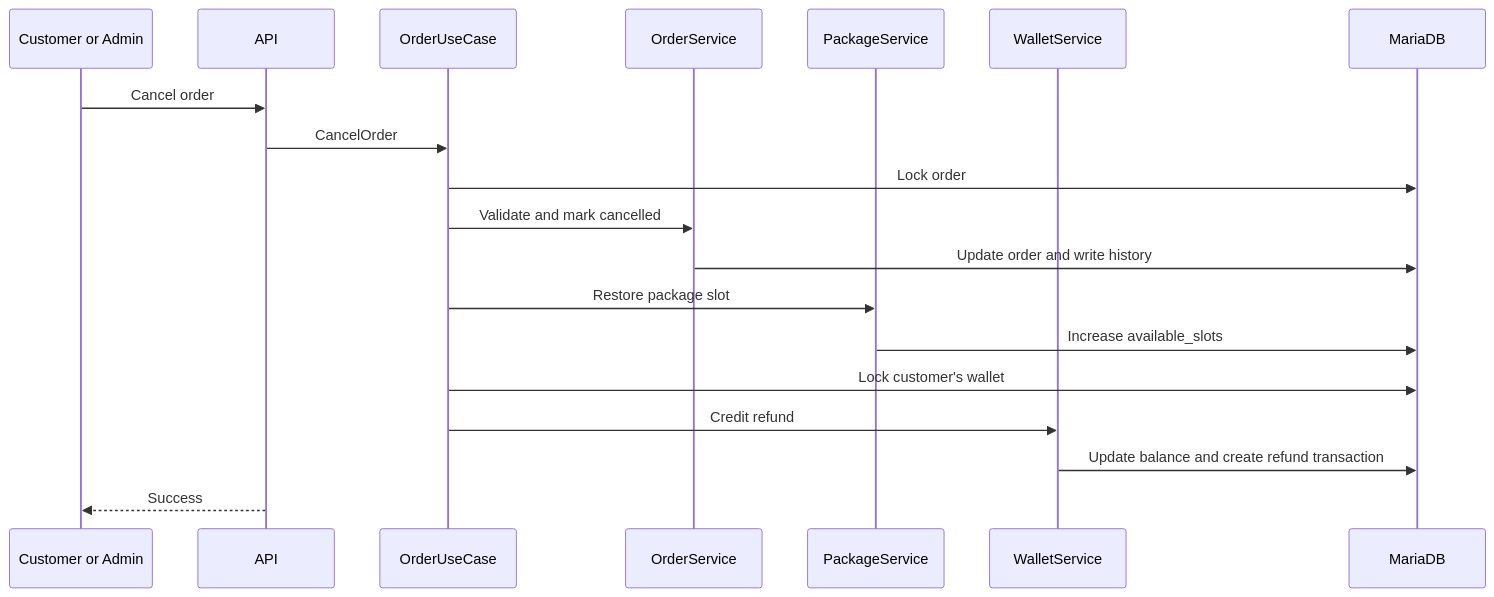
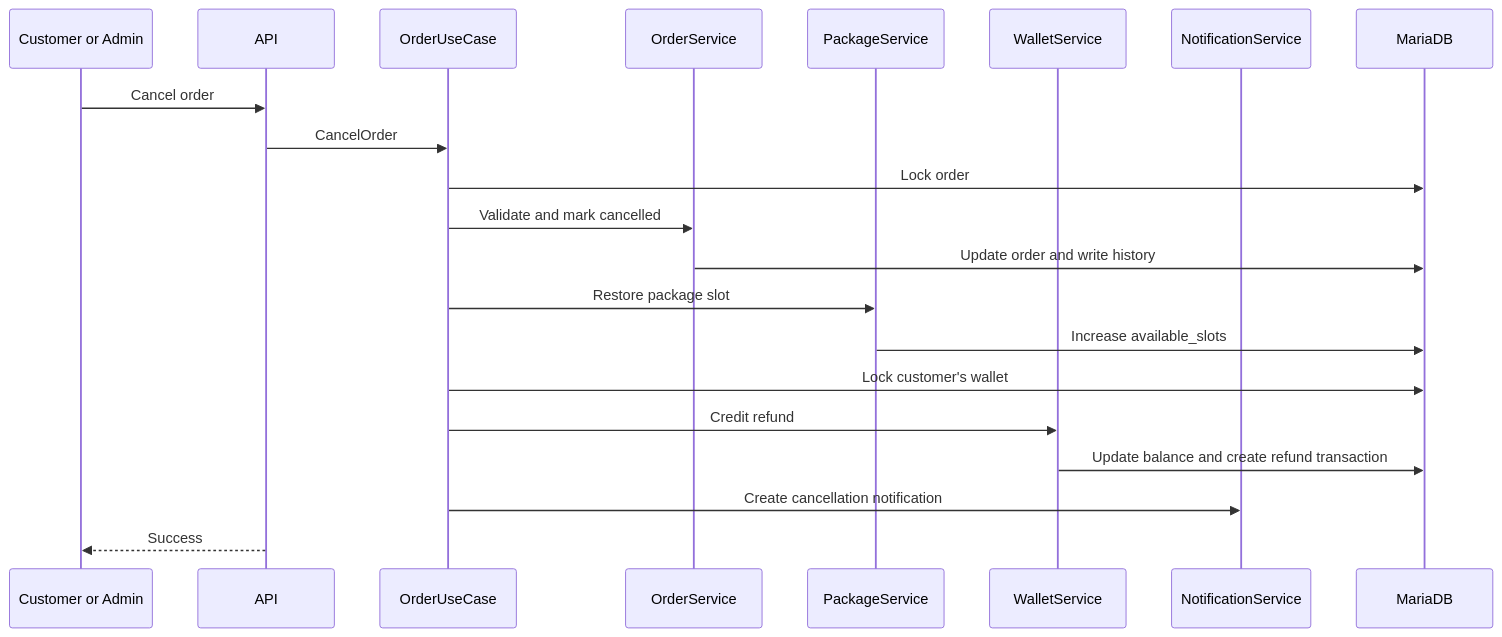
One commit to MinhKhoa05/gametopup changed the seventh of 7 diagrams in docs/core-workflows.md. Above: the diagram before and after it, drawn with Mermaid. The commit also changed other lines of this file and 16 other files, not shown here.

````diff
--- a/docs/core-workflows.md
+++ b/docs/core-workflows.md
@@ -197,22 +210,24 @@
 ```mermaid
 sequenceDiagram
     participant Requester as Customer or Admin
     participant API
     participant UseCase as OrderUseCase
     participant Order as OrderService
     participant Package as PackageService
     participant Wallet as WalletService
+    participant Notify as NotificationService
     participant DB as MariaDB
 
     Requester->>API: Cancel order
     API->>UseCase: CancelOrder
     UseCase->>DB: Lock order
     UseCase->>Order: Validate and mark cancelled
     Order->>DB: Update order and write history
     UseCase->>Package: Restore package slot
     Package->>DB: Increase available_slots
     UseCase->>DB: Lock customer's wallet
     UseCase->>Wallet: Credit refund
     Wallet->>DB: Update balance and create refund transaction
+    UseCase->>Notify: Create cancellation notification
     API-->>Requester: Success
 ```
````
